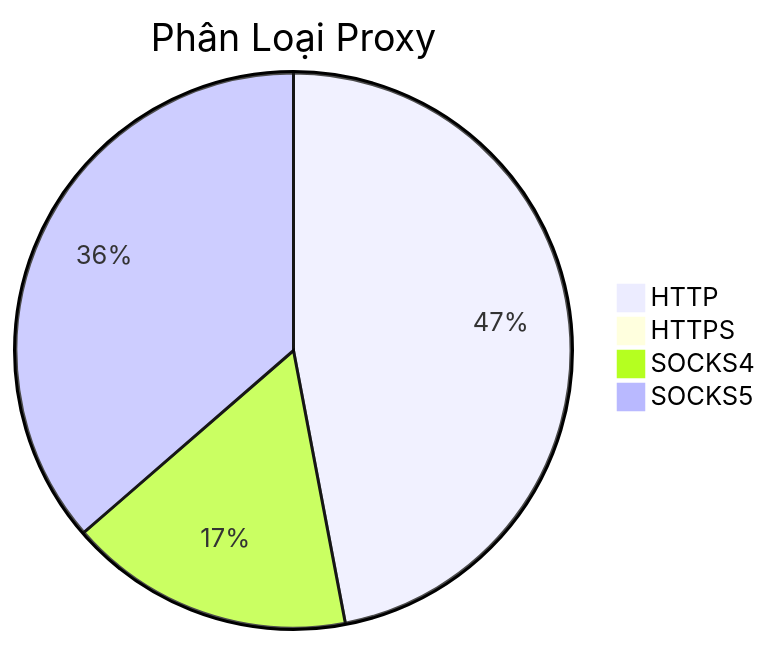
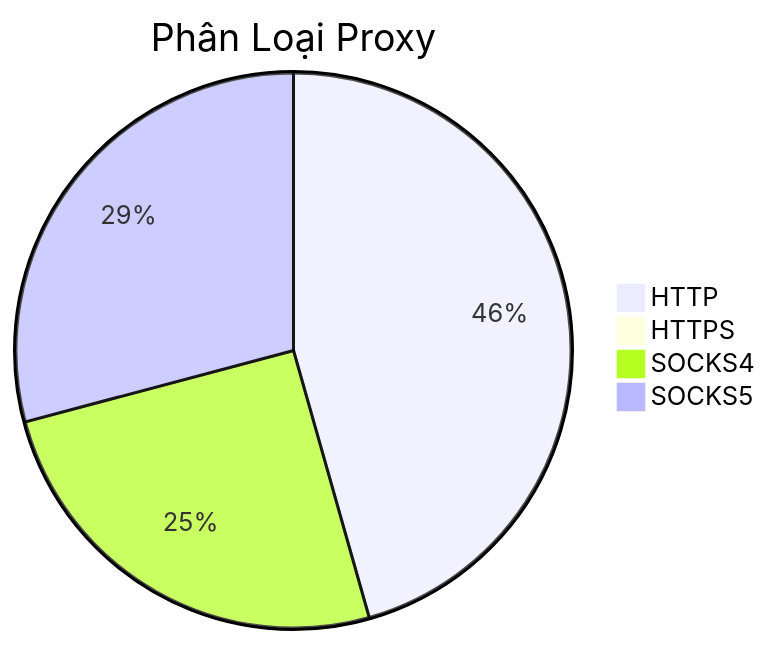
Before and after one commit to Ciara-12/PROXY-free: the diagram in README.md, drawn with Mermaid. The commit also changed other lines of this file and 4 other files, not shown here.

````diff
--- a/README.md
+++ b/README.md
@@ -26,7 +26,7 @@
 ```mermaid
 pie title Phân Loại Proxy
-    "HTTP" : 566
-    "HTTPS" : 1
-    "SOCKS4" : 200
-    "SOCKS5" : 438
+    "HTTP" : 529
+    "HTTPS" : 2
+    "SOCKS4" : 293
+    "SOCKS5" : 338
 ```
````
